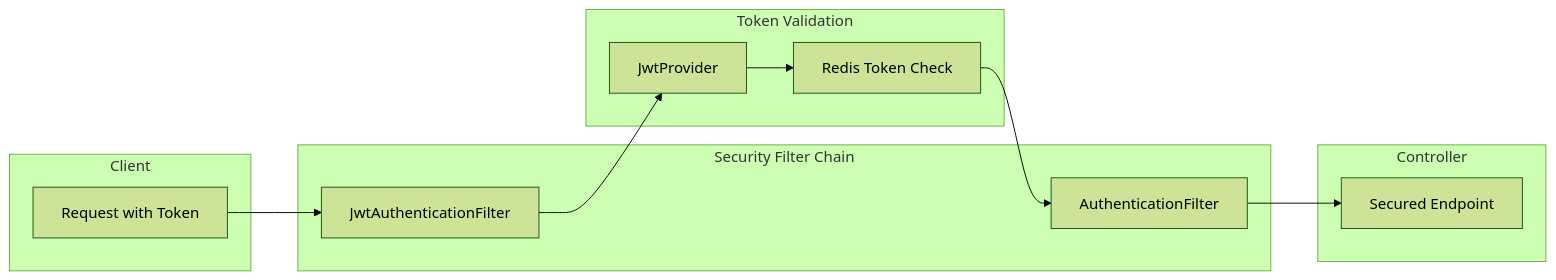
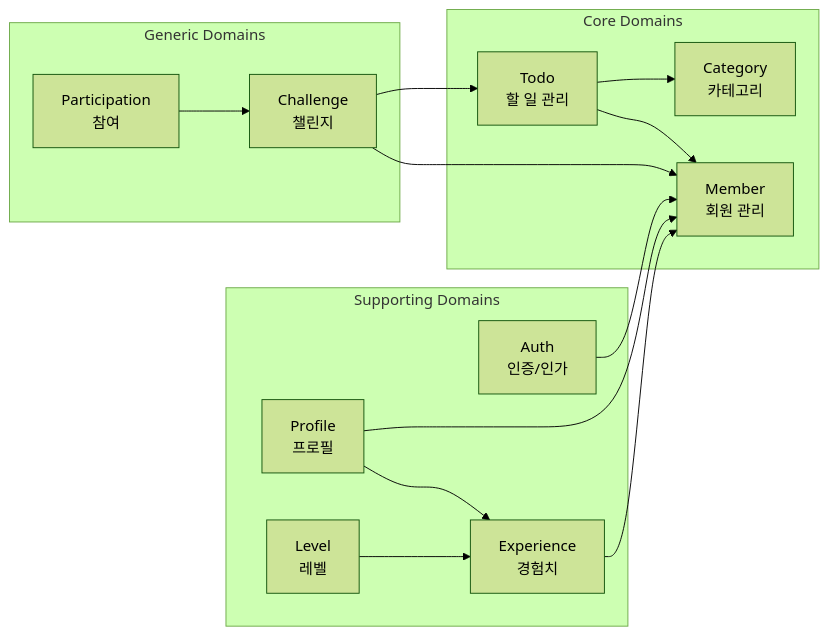
One commit to XIYO/ttodo-api changed the second of 5 diagrams in PORTFOLIO.md. Above: the diagram before and after it, drawn with Mermaid (forest theme). The commit also changed other lines of this file and 32 other files, not shown here.

````diff
--- a/PORTFOLIO.md
+++ b/PORTFOLIO.md
@@ -368,26 +67,31 @@
 ```mermaid
 graph LR
-    subgraph "Client"
-        REQ[Request with Token]
+    subgraph "Core Domains"
+        Member[Member<br/>회원 관리]
+        Todo[Todo<br/>할 일 관리]
+        Category[Category<br/>카테고리]
     end
     
-    subgraph "Security Filter Chain"
-        JWT_FILTER[JwtAuthenticationFilter]
-        AUTH_FILTER[AuthenticationFilter]
+    subgraph "Supporting Domains"
+        Auth[Auth<br/>인증/인가]
+        Profile[Profile<br/>프로필]
+        Experience[Experience<br/>경험치]
+        Level[Level<br/>레벨]
     end
     
-    subgraph "Token Validation"
-        JWT_PROVIDER[JwtProvider]
-        REDIS_CHECK[Redis Token Check]
+    subgraph "Generic Domains"
+        Challenge[Challenge<br/>챌린지]
+        Participation[Participation<br/>참여]
     end
     
-    subgraph "Controller"
-        SECURED[Secured Endpoint]
-    end
-    
-    REQ --> JWT_FILTER
-    JWT_FILTER --> JWT_PROVIDER
-    JWT_PROVIDER --> REDIS_CHECK
-    REDIS_CHECK --> AUTH_FILTER
-    AUTH_FILTER --> SECURED
+    Auth --> Member
+    Todo --> Category
+    Todo --> Member
+    Challenge --> Todo
+    Challenge --> Member
+    Participation --> Challenge
+    Experience --> Member
+    Level --> Experience
+    Profile --> Member
+    Profile --> Experience
 ```
````
